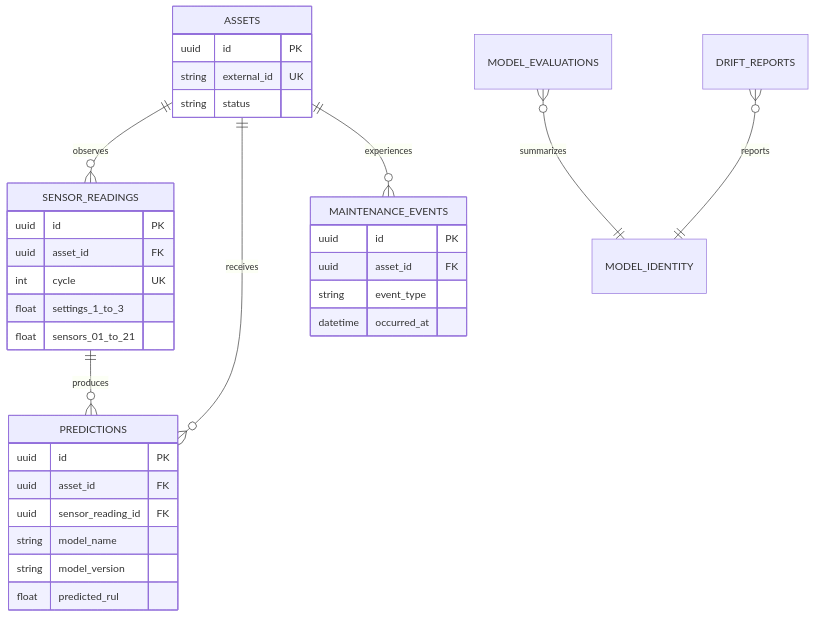
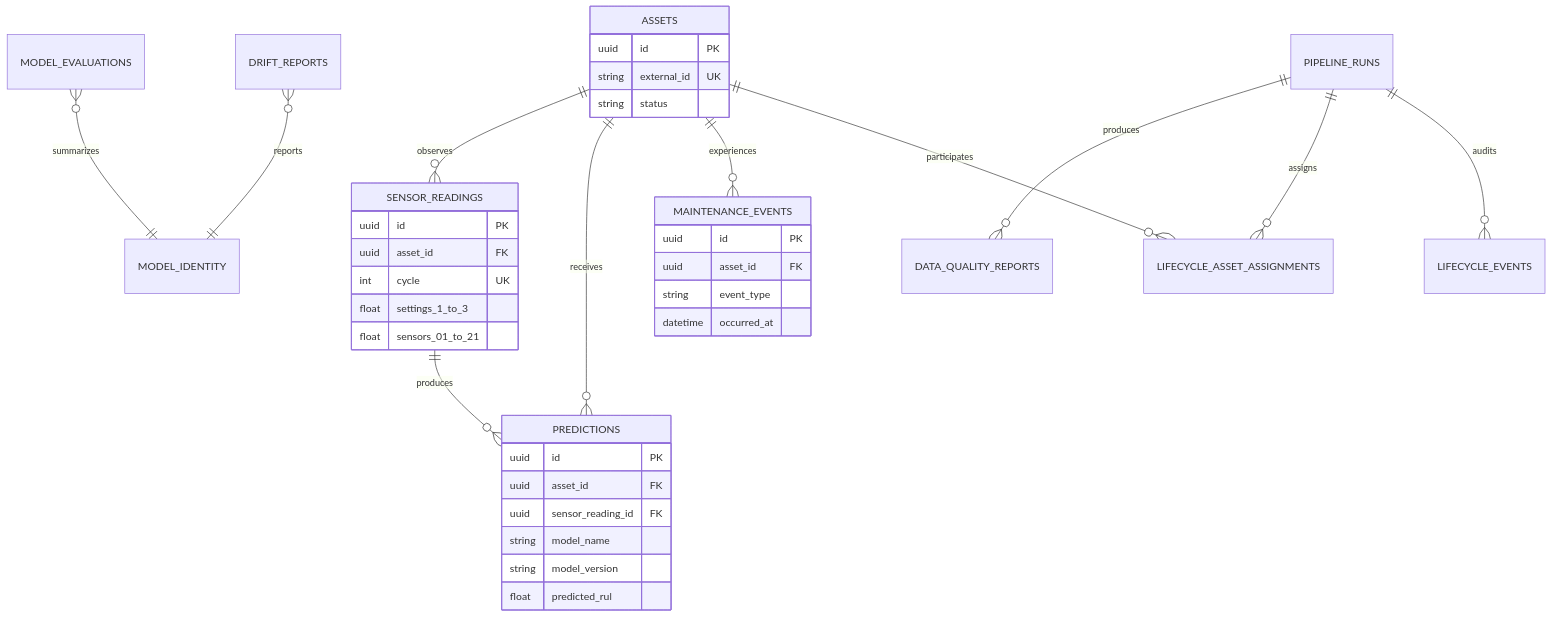
The diagram in docs/database.md (MehdiTC/predictive_maintenance), drawn with Mermaid before and after one commit. The commit also changed other lines of this file and 42 other files, not shown here.

````diff
--- a/docs/database.md
+++ b/docs/database.md
@@ -15,36 +15,40 @@
 ```mermaid
 erDiagram
     ASSETS ||--o{ SENSOR_READINGS : observes
     ASSETS ||--o{ PREDICTIONS : receives
     SENSOR_READINGS ||--o{ PREDICTIONS : produces
     ASSETS ||--o{ MAINTENANCE_EVENTS : experiences
     MODEL_EVALUATIONS }o--|| MODEL_IDENTITY : summarizes
     DRIFT_REPORTS }o--|| MODEL_IDENTITY : reports
+    PIPELINE_RUNS ||--o{ DATA_QUALITY_REPORTS : produces
+    PIPELINE_RUNS ||--o{ LIFECYCLE_ASSET_ASSIGNMENTS : assigns
+    PIPELINE_RUNS ||--o{ LIFECYCLE_EVENTS : audits
+    ASSETS ||--o{ LIFECYCLE_ASSET_ASSIGNMENTS : participates
 
     ASSETS {
         uuid id PK
         string external_id UK
         string status
     }
     SENSOR_READINGS {
         uuid id PK
         uuid asset_id FK
         int cycle UK
         float settings_1_to_3
         float sensors_01_to_21
     }
     PREDICTIONS {
         uuid id PK
         uuid asset_id FK
         uuid sensor_reading_id FK
         string model_name
         string model_version
         float predicted_rul
     }
     MAINTENANCE_EVENTS {
         uuid id PK
         uuid asset_id FK
         string event_type
         datetime occurred_at
     }
 ```
````
